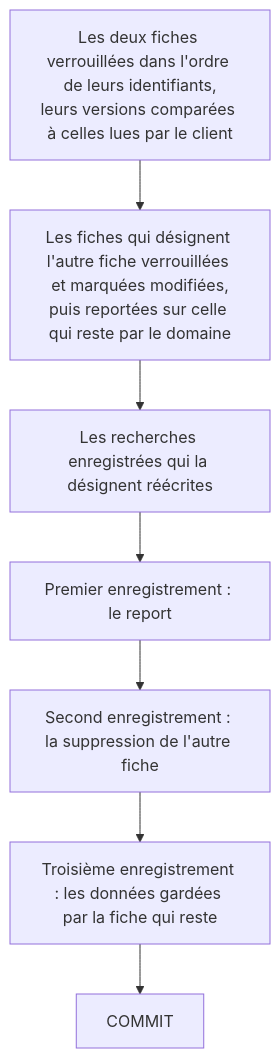
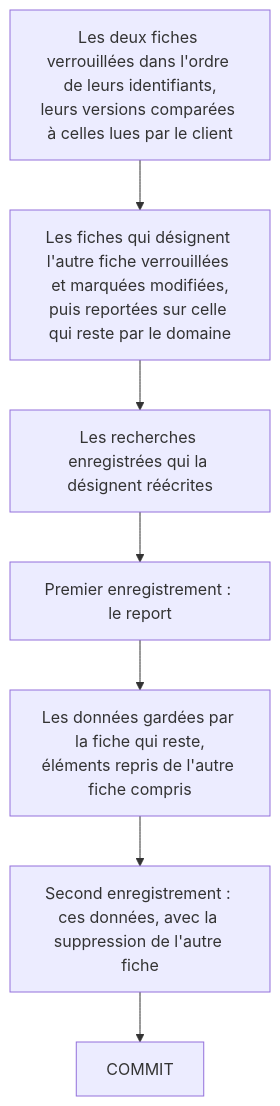
The fifth of 5 diagrams in docs/tech/mecanismes/persistance-ecriture-d-un-agregat.md (Tetram76/bdtheque-claude), drawn with Mermaid before and after one commit. The commit also changed other lines of this file and 41 other files, not shown here.

````diff
--- a/docs/tech/mecanismes/persistance-ecriture-d-un-agregat.md
+++ b/docs/tech/mecanismes/persistance-ecriture-d-un-agregat.md
@@ -153,9 +153,9 @@
 ```mermaid
 flowchart TD
     verrous["Les deux fiches verrouillées dans l'ordre de leurs identifiants,<br/>leurs versions comparées à celles lues par le client"] --> lies["Les fiches qui désignent l'autre fiche verrouillées et marquées modifiées,<br/>puis reportées sur celle qui reste par le domaine"]
     lies --> recherches["Les recherches enregistrées qui la désignent réécrites"]
     recherches --> premier["Premier enregistrement : le report"]
-    premier --> suppression["Second enregistrement : la suppression de l'autre fiche"]
-    suppression --> donnees["Troisième enregistrement : les données gardées par la fiche qui reste"]
-    donnees --> commit["COMMIT"]
+    premier --> donnees["Les données gardées par la fiche qui reste,<br/>éléments repris de l'autre fiche compris"]
+    donnees --> suppression["Second enregistrement : ces données, avec la suppression de l'autre fiche"]
+    suppression --> commit["COMMIT"]
 ```
````
